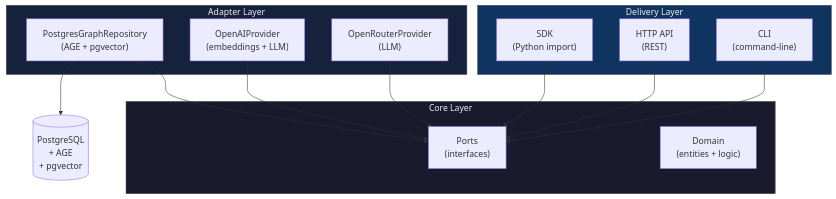
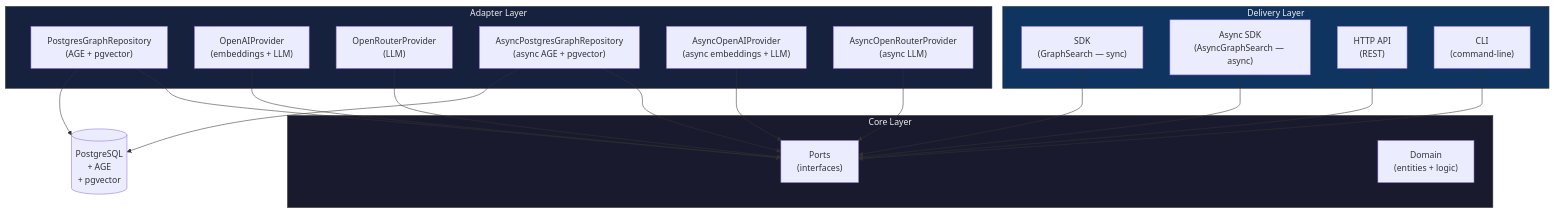
One commit to unifrancouni/depth-graph-search changed the diagram in docs/architecture/overview.md. Above: the diagram before and after it, drawn with Mermaid. The commit also changed other lines of this file and 6 other files, not shown here.

Commit message:
docs: update architecture, changelog, and flows for SDD-07

````diff
--- a/docs/architecture/overview.md
+++ b/docs/architecture/overview.md
@@ -13,33 +13,42 @@
 ```mermaid
 graph TD
     subgraph Delivery["Delivery Layer"]
-        SDK["SDK\n(Python import)"]
+        SDK["SDK\n(GraphSearch — sync)"]
+        ASDK["Async SDK\n(AsyncGraphSearch — async)"]
         API["HTTP API\n(REST)"]
         CLI["CLI\n(command-line)"]
     end
 
     subgraph Adapters["Adapter Layer"]
         PG["PostgresGraphRepository\n(AGE + pgvector)"]
         OAI["OpenAIProvider\n(embeddings + LLM)"]
         ORI["OpenRouterProvider\n(LLM)"]
+        APG["AsyncPostgresGraphRepository\n(async AGE + pgvector)"]
+        AOAI["AsyncOpenAIProvider\n(async embeddings + LLM)"]
+        AORI["AsyncOpenRouterProvider\n(async LLM)"]
     end
 
     subgraph Core["Core Layer"]
         Ports["Ports\n(interfaces)"]
         Domain["Domain\n(entities + logic)"]
     end
 
     External[("PostgreSQL\n+ AGE\n+ pgvector")]
 
     SDK --> Ports
+    ASDK --> Ports
     API --> Ports
     CLI --> Ports
     PG --> Ports
     OAI --> Ports
     ORI --> Ports
+    APG --> Ports
+    AOAI --> Ports
+    AORI --> Ports
     PG --> External
+    APG --> External
 
     style Core fill:#1a1a2e,color:#eee,stroke:#444
     style Adapters fill:#16213e,color:#eee,stroke:#444
     style Delivery fill:#0f3460,color:#eee,stroke:#444
 ```
````
